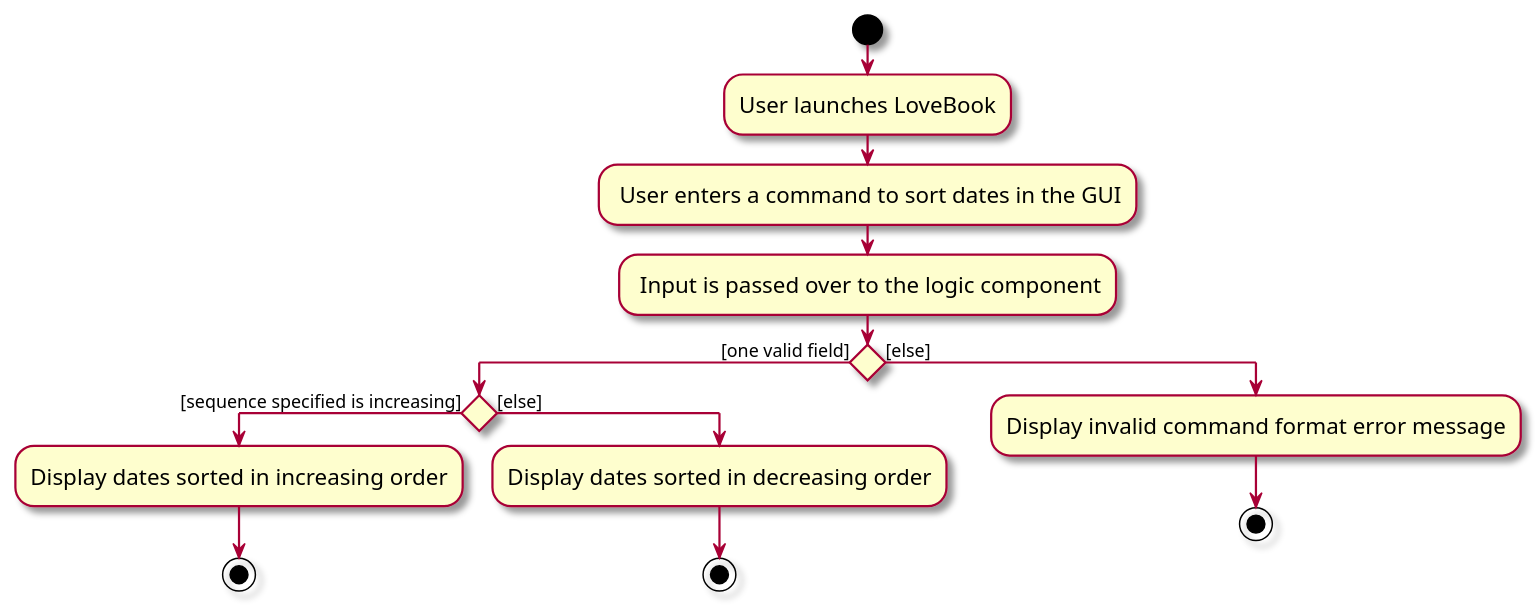
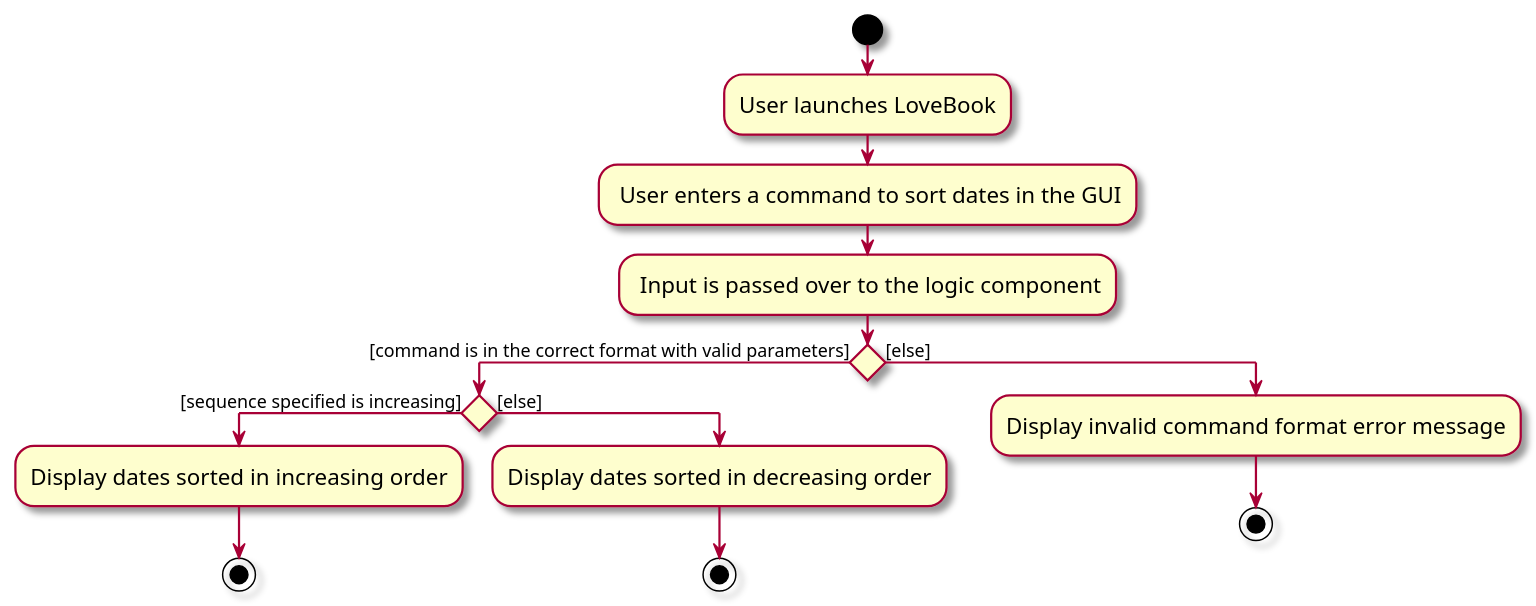
The diagram in docs/diagrams/SortActivity.puml (nus-cs2103-AY2324S1/tp), drawn with PlantUML before and after one commit. The commit also changed 5 other files, not shown here.

```diff
--- a/docs/diagrams/SortActivity.puml
+++ b/docs/diagrams/SortActivity.puml
@@ -1,24 +1,24 @@
 @startuml
 skin rose
 skinparam ActivityFontSize 15
 skinparam ArrowFontSize 12
 start
 :User launches LoveBook;
 
 : User enters a command to sort dates in the GUI;
 
 : Input is passed over to the logic component;
 
-if () then ([one valid field])
+if () then ([command is in the correct format with valid parameters])
         if () then ([sequence specified is increasing])
             :Display dates sorted in increasing order;
             stop
         else ([else])
             :Display dates sorted in decreasing order;
             stop
         endif
 else ([else])
     :Display invalid command format error message;
     stop
 endif
 @enduml
```
